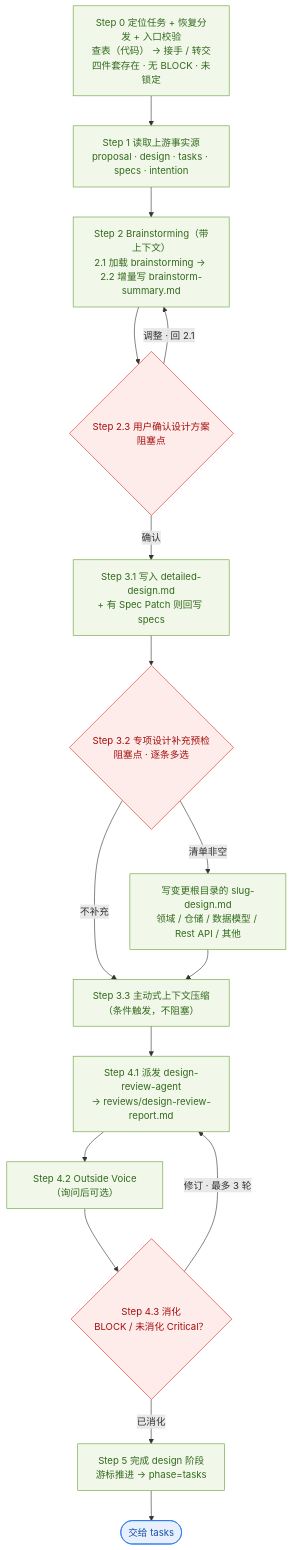
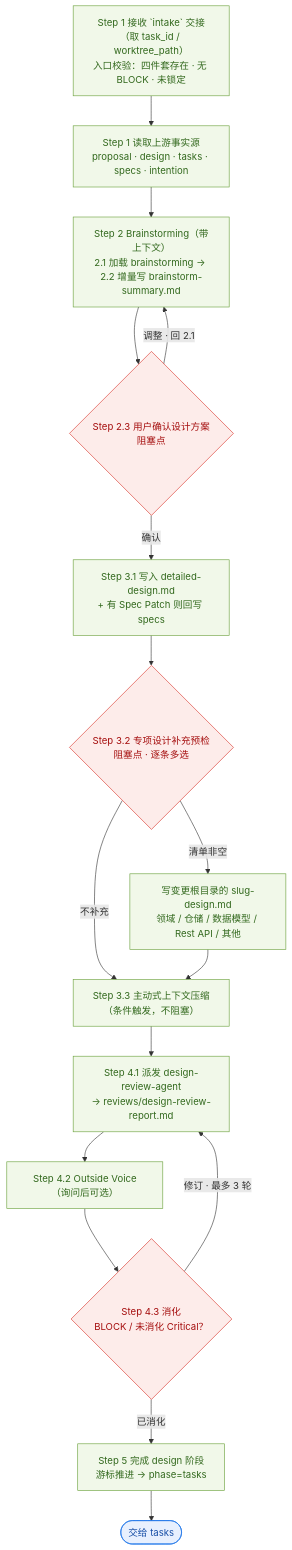
One commit to incodingless/polaris-flow changed the sixth of 12 diagrams in docs/architecture/coding-workflow-flows.md. Above: the diagram before and after it, drawn with Mermaid. The commit also changed other lines of this file and 46 other files, not shown here.

````diff
--- a/docs/architecture/coding-workflow-flows.md
+++ b/docs/architecture/coding-workflow-flows.md
@@ -318,26 +307,26 @@
 ```mermaid
 flowchart TD
-    D0["Step 0 定位任务 + 恢复分发 + 入口校验<br/>查表（代码） → 接手 / 转交<br/>四件套存在 · 无 BLOCK · 未锁定"]
+    D0["Step 1 接收 `intake` 交接（取 task_id / worktree_path）<br/>入口校验：四件套存在 · 无 BLOCK · 未锁定"]
     D0 --> D1["Step 1 读取上游事实源<br/>proposal · design · tasks · specs · intention"]
     D1 --> D2["Step 2 Brainstorming（带上下文）<br/>2.1 加载 brainstorming → 2.2 增量写 brainstorm-summary.md"]
     D2 --> DC23{"Step 2.3 用户确认设计方案<br/>阻塞点"}
     DC23 -->|"调整 · 回 2.1"| D2
     DC23 -->|"确认"| D31["Step 3.1 写入 detailed-design.md<br/>+ 有 Spec Patch 则回写 specs"]
     D31 --> DC32{"Step 3.2 专项设计补充预检<br/>阻塞点 · 逐条多选"}
     DC32 -->|"清单非空"| D32B["写变更根目录的 slug-design.md<br/>领域 / 仓储 / 数据模型 / Rest API / 其他"]
     DC32 -->|"不补充"| D33
     D32B --> D33["Step 3.3 主动式上下文压缩（条件触发，不阻塞）"]
     D33 --> D41["Step 4.1 派发 design-review-agent<br/>→ reviews/design-review-report.md"]
     D41 --> D42["Step 4.2 Outside Voice（询问后可选）"]
     D42 --> DC43{"Step 4.3 消化<br/>BLOCK / 未消化 Critical？"}
     DC43 -->|"修订 · 最多 3 轮"| D41
     DC43 -->|"已消化"| D5["Step 5 完成 design 阶段<br/>游标推进 → phase=tasks"]
     D5 --> DT(["交给 tasks"])
 
     classDef step fill:#f1f8e9,stroke:#689f38,color:#33691e
     classDef gate fill:#fdecea,stroke:#d93025,color:#a50e0e
     classDef out fill:#e8f0fe,stroke:#1a73e8,color:#174ea6
     class D0,D1,D2,D31,D32B,D33,D41,D42,D5 step
     class DC23,DC32,DC43 gate
     class DT out
 ```
````
